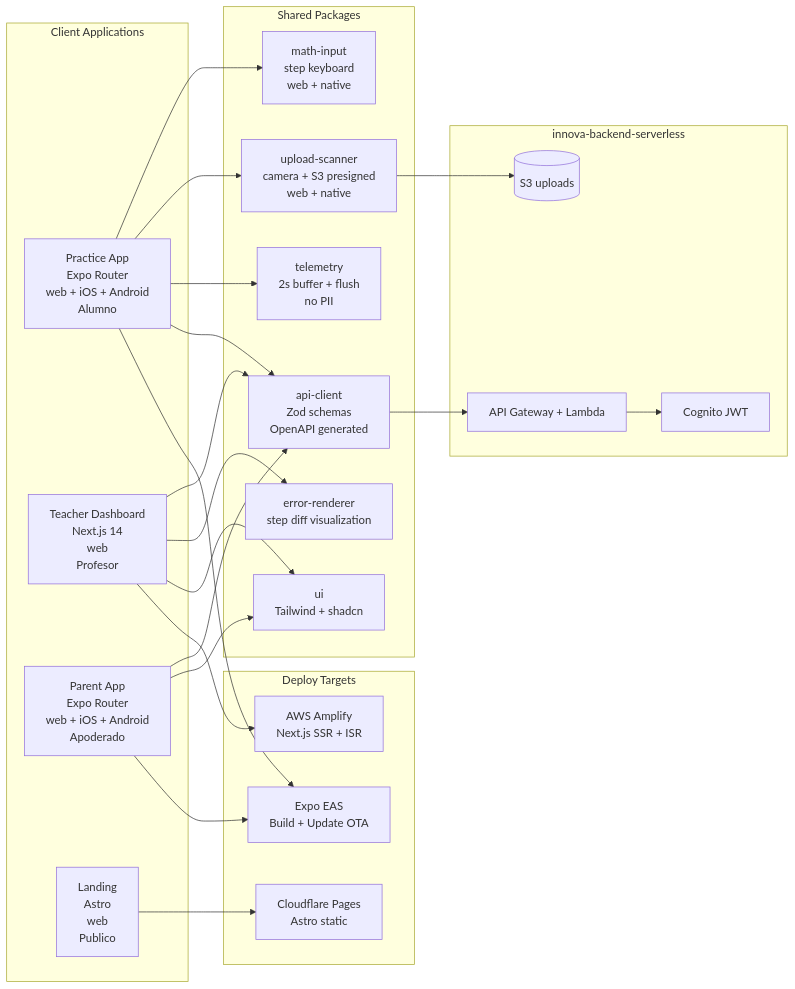
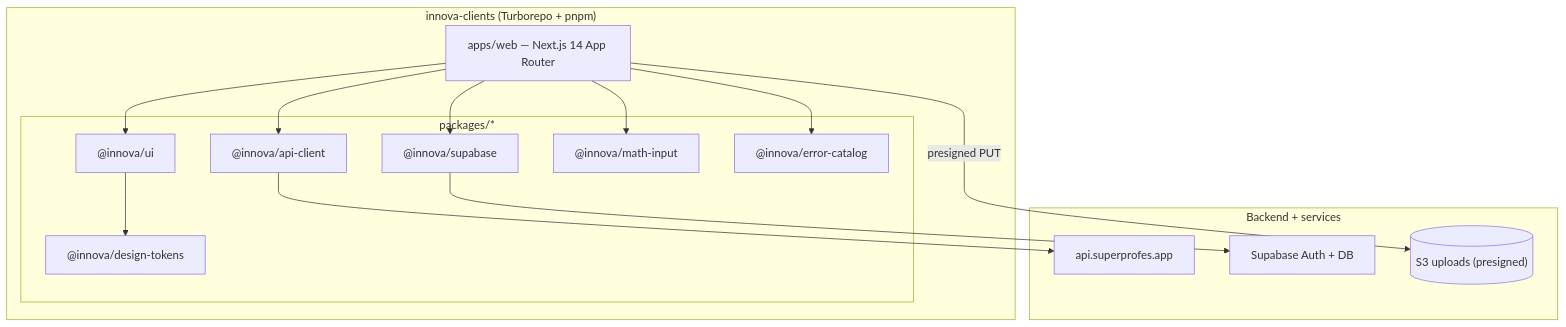
The diagram in README.md (vruizz22/innova-clients), drawn with Mermaid before and after one commit. The commit also changed other lines of this file, not shown here.

````diff
--- a/README.md
+++ b/README.md
@@ -82,49 +44,27 @@
 ```mermaid
-flowchart LR
-  subgraph APPS["Client Applications"]
-    PRACTICE["Practice App\nExpo Router\nweb + iOS + Android\nAlumno"]
-    TEACHER["Teacher Dashboard\nNext.js 14\nweb\nProfesor"]
-    PARENT["Parent App\nExpo Router\nweb + iOS + Android\nApoderado"]
-    LANDING["Landing\nAstro\nweb\nPublico"]
+flowchart TD
+  subgraph MONO["innova-clients (Turborepo + pnpm)"]
+    WEB["apps/web — Next.js 14 App Router"]
+    subgraph PKGS["packages/*"]
+      API["@innova/api-client"]
+      SUPA["@innova/supabase"]
+      UI["@innova/ui"]
+      TOK["@innova/design-tokens"]
+      MATH["@innova/math-input"]
+      CAT["@innova/error-catalog"]
+    end
   end
 
-  subgraph PACKAGES["Shared Packages"]
-    MATH_INPUT["math-input\nstep keyboard\nweb + native"]
-    UPLOAD_SCAN["upload-scanner\ncamera + S3 presigned\nweb + native"]
-    TELEMETRY["telemetry\n2s buffer + flush\nno PII"]
-    API_CLIENT["api-client\nZod schemas\nOpenAPI generated"]
-    ERROR_RENDER["error-renderer\nstep diff visualization"]
-    UI["ui\nTailwind + shadcn"]
+  subgraph EXT["Backend + services"]
+    BE["api.superprofes.app"]
+    SB["Supabase Auth + DB"]
+    S3[("S3 uploads (presigned)")]
   end
 
-  subgraph INFRA["Deploy Targets"]
-    AMPLIFY["AWS Amplify\nNext.js SSR + ISR"]
-    CF["Cloudflare Pages\nAstro static"]
-    EAS["Expo EAS\nBuild + Update OTA"]
-  end
-
-  subgraph BACKEND["innova-backend-serverless"]
-    AGW["API Gateway + Lambda"]
-    S3U[("S3 uploads")]
-    COG["Cognito JWT"]
-  end
-
-  PRACTICE --> MATH_INPUT
-  PRACTICE --> UPLOAD_SCAN
-  PRACTICE --> TELEMETRY
-  PRACTICE --> API_CLIENT
-  TEACHER --> API_CLIENT
-  TEACHER --> ERROR_RENDER
-  TEACHER --> UI
-  PARENT --> API_CLIENT
-  PARENT --> UI
-
-  PRACTICE --> EAS
-  PARENT --> EAS
-  TEACHER --> AMPLIFY
-  LANDING --> CF
-
-  API_CLIENT --> AGW
-  UPLOAD_SCAN --> S3U
-  AGW --> COG
+  WEB --> API --> BE
+  WEB --> SUPA --> SB
+  WEB --> UI --> TOK
+  WEB --> MATH
+  WEB --> CAT
+  WEB -->|presigned PUT| S3
 ```
````
